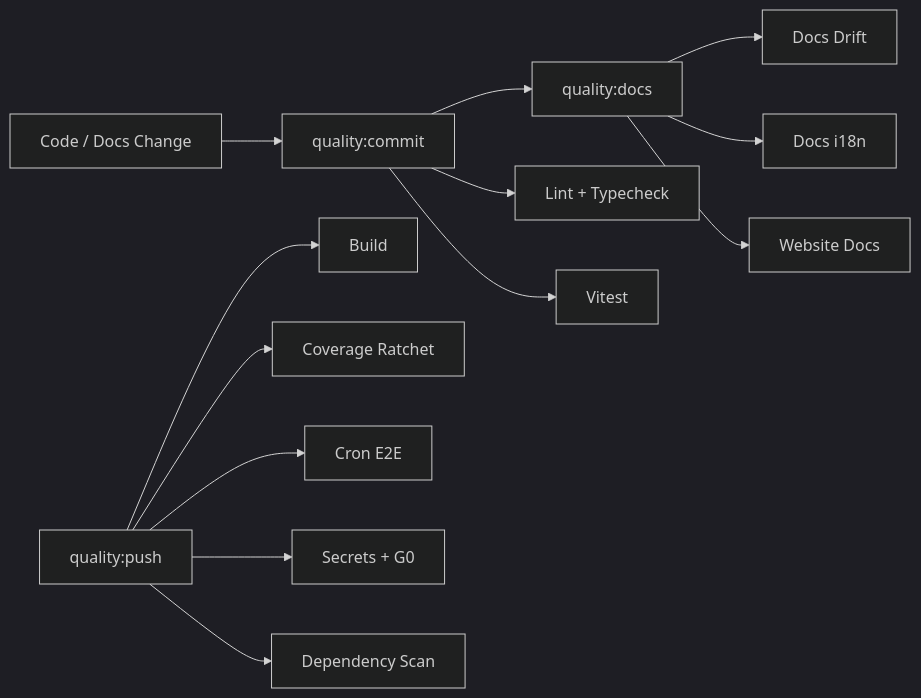
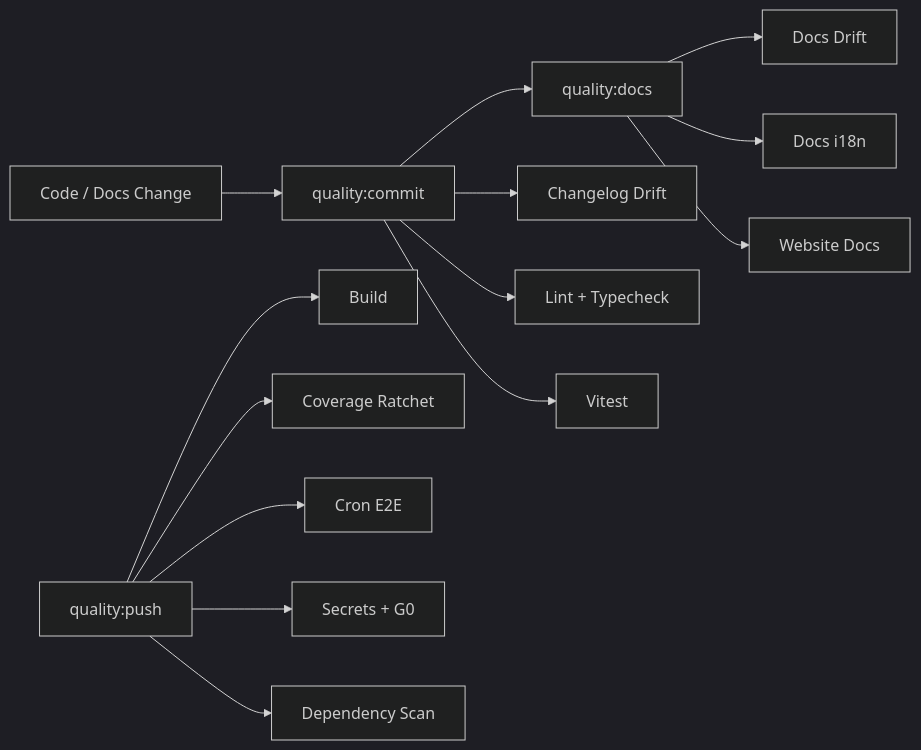
One commit to yuanyunfan/miniclaw changed the first of 2 diagrams in website/en/reference/quality-gates.md. Above: the diagram before and after it, drawn with Mermaid (dark theme). The commit also changed other lines of this file and 90 other files, not shown here.

````diff
--- a/website/en/reference/quality-gates.md
+++ b/website/en/reference/quality-gates.md
@@ -15,15 +15,16 @@
 ```mermaid
 flowchart LR
   Change[Code / Docs Change] --> Commit[quality:commit]
   Commit --> Docs[quality:docs]
   Docs --> Drift[Docs Drift]
   Docs --> I18n[Docs i18n]
   Docs --> Website[Website Docs]
+  Commit --> Changelog[Changelog Drift]
   Commit --> Static[Lint + Typecheck]
   Commit --> Tests[Vitest]
   Push[quality:push] --> Build[Build]
   Push --> Coverage[Coverage Ratchet]
   Push --> Cron[Cron E2E]
   Push --> Secrets[Secrets + G0]
   Push --> Deps[Dependency Scan]
 ```
````
